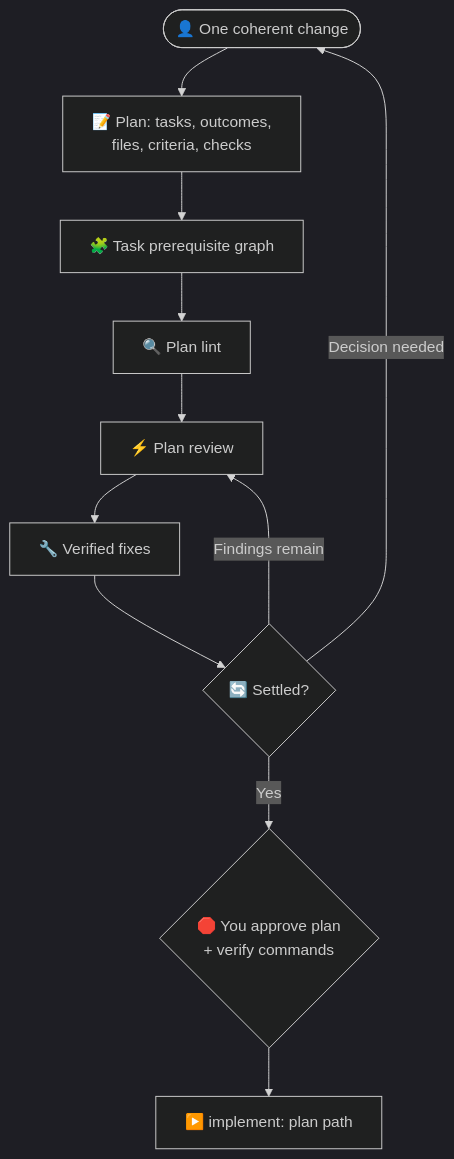
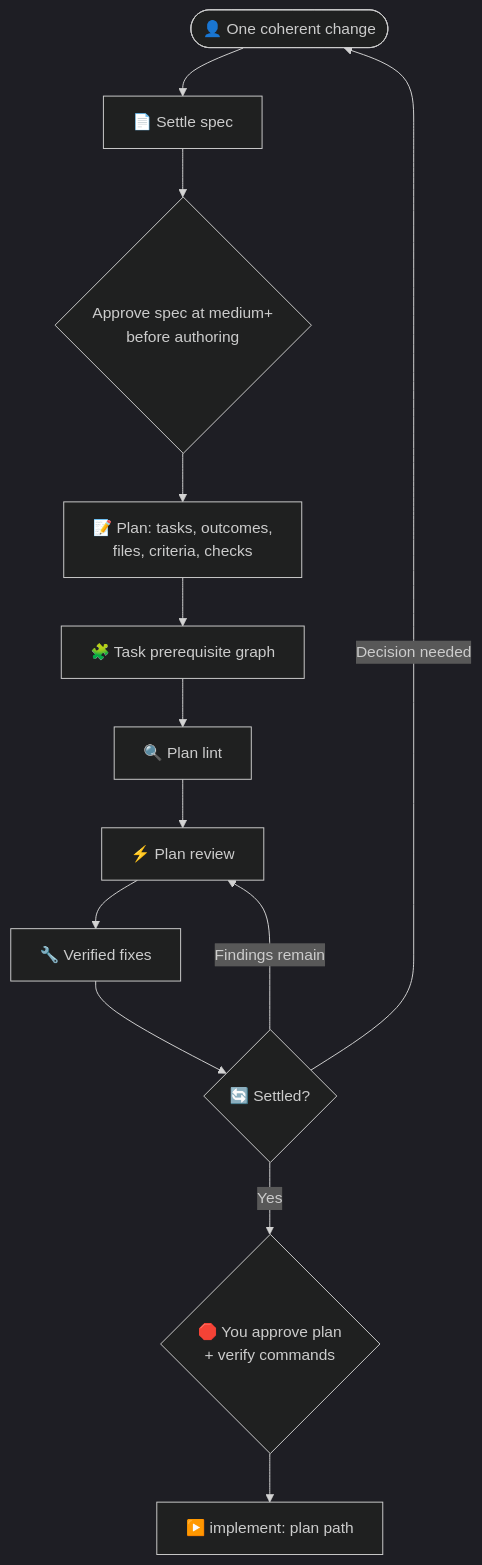
Before and after one commit to Gyunikuchan/dispatch-skills: the diagram in skills/dispatch/references/readme/plan.md, drawn with Mermaid (dark theme). The commit also changed other lines of this file and 66 other files, not shown here.

````diff
--- a/skills/dispatch/references/readme/plan.md
+++ b/skills/dispatch/references/readme/plan.md
@@ -11,13 +15,15 @@
 ```mermaid
 flowchart TD
-    User(["👤 One coherent change"]) --> Plan["📝 Plan: tasks, outcomes,<br/>files, criteria, checks"]
+    User(["👤 One coherent change"]) --> Spec["📄 Settle spec"]
+    Spec --> SpecGate{"Approve spec at medium+<br/>before authoring"}
+    SpecGate --> Plan["📝 Plan: tasks, outcomes,<br/>files, criteria, checks"]
     Plan --> Graph["🧩 Task prerequisite graph"]
     Graph --> Lint["🔍 Plan lint"]
     Lint --> Review["⚡ Plan review"]
     Review --> Fix["🔧 Verified fixes"]
     Fix --> Settled{"🔄 Settled?"}
     Settled -->|Findings remain| Review
     Settled -->|Decision needed| User
     Settled -->|Yes| Gate{"🛑 You approve plan<br/>+ verify commands"}
     Gate --> Next["▶️ implement: plan path"]
 ```
````
